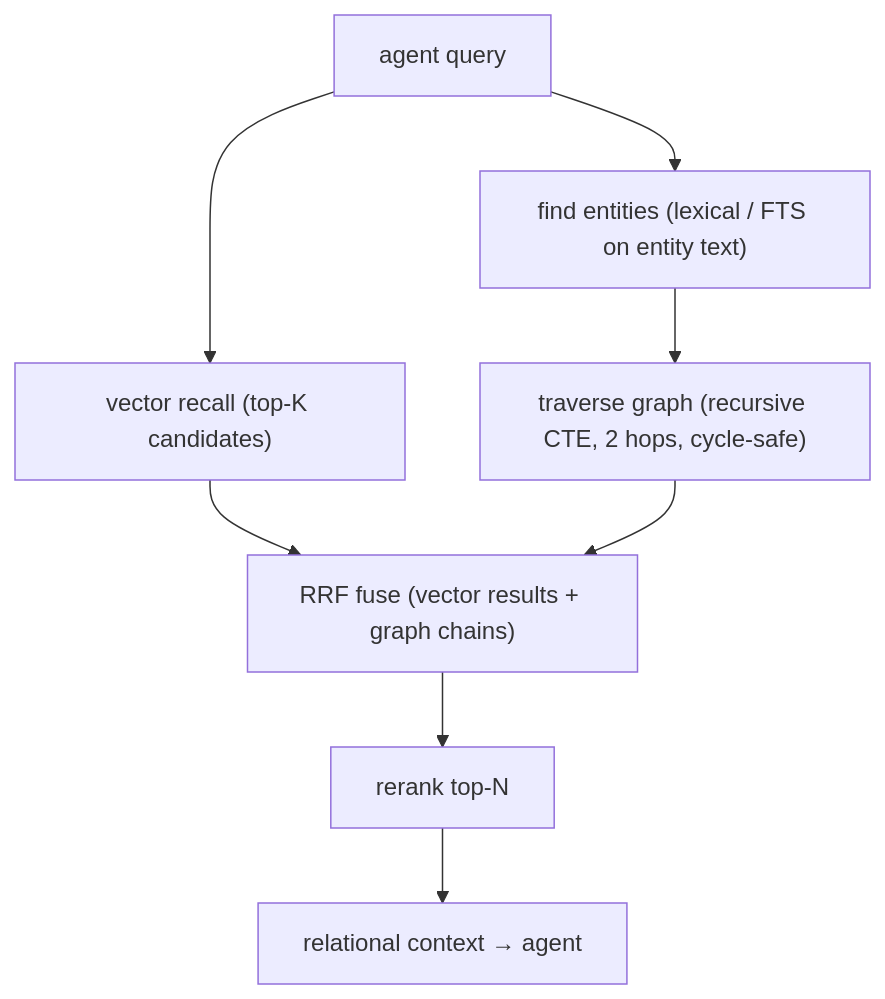
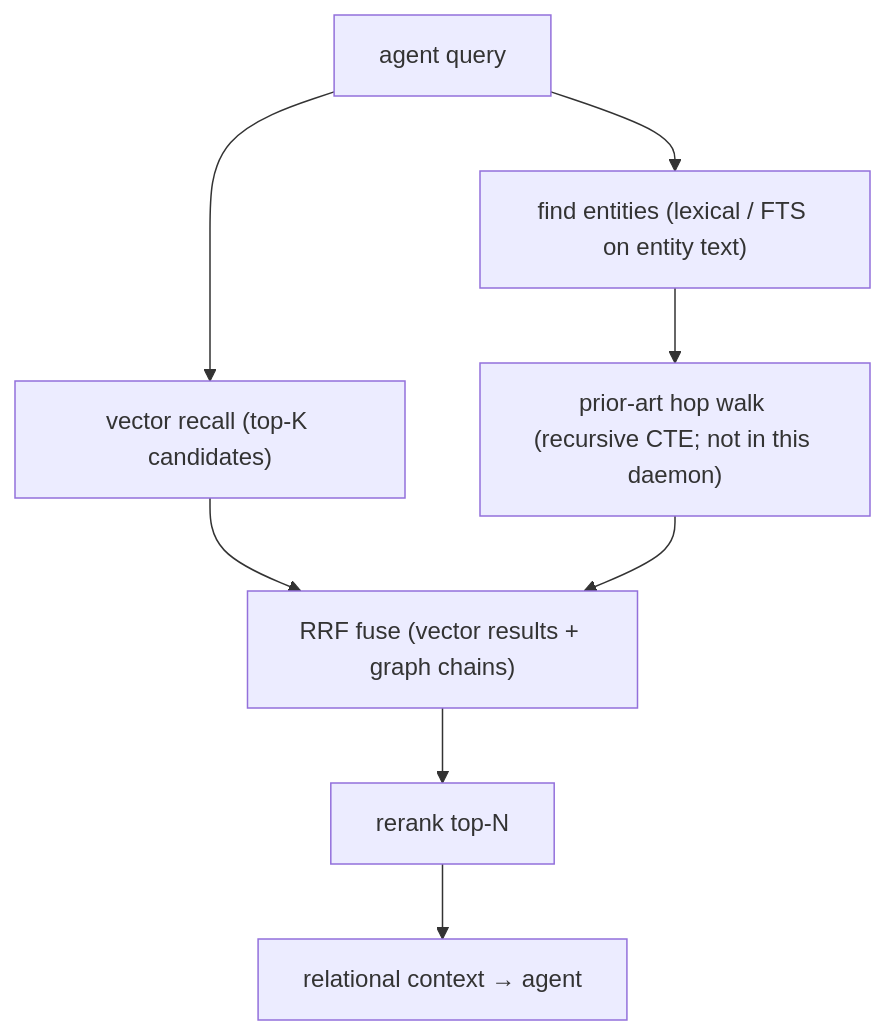
One commit to legioncodeinc/honeycomb changed the diagram in library/knowledge/private/ai/graphrag-followon.md. Above: the diagram before and after it, drawn with Mermaid. The commit also changed other lines of this file and 279 other files, not shown here.

````diff
--- a/library/knowledge/private/ai/graphrag-followon.md
+++ b/library/knowledge/private/ai/graphrag-followon.md
@@ -40,10 +42,10 @@
 ```mermaid
 flowchart TD
     Q["agent query"] --> V["vector recall (top-K candidates)"]
     Q --> E["find entities (lexical / FTS on entity text)"]
-    E --> T["traverse graph (recursive CTE, 2 hops, cycle-safe)"]
+    E --> T["prior-art hop walk (recursive CTE; not in this daemon)"]
     V --> F["RRF fuse (vector results + graph chains)"]
     T --> F
     F --> R["rerank top-N"]
     R --> Ctx["relational context → agent"]
 ```
````
